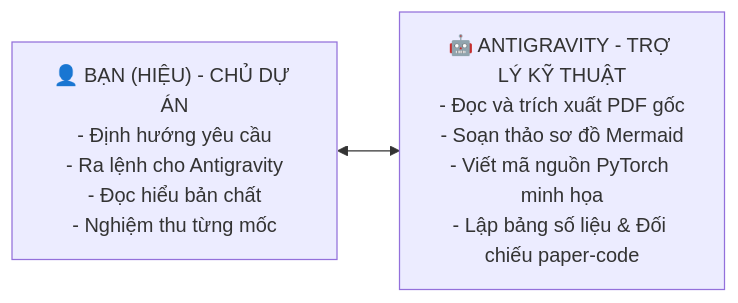
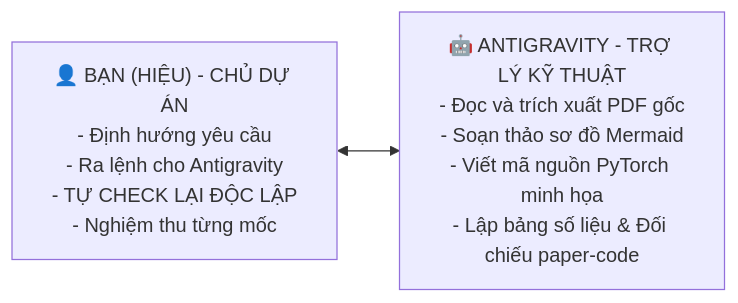
The diagram in tasks-Hieu/sprint-1/progress.md (snowflake-vibing/Project-Experimental-TiDE), drawn with Mermaid before and after one commit. The commit also changed other lines of this file, not shown here.

````diff
--- a/tasks-Hieu/sprint-1/progress.md
+++ b/tasks-Hieu/sprint-1/progress.md
@@ -13,6 +14,6 @@
 ```mermaid
 flowchart LR
-    Hieu["👤 BẠN (HIỆU) - CHỦ DỰ ÁN\n- Định hướng yêu cầu\n- Ra lệnh cho Antigravity\n- Đọc hiểu bản chất\n- Nghiệm thu từng mốc"] 
+    Hieu["👤 BẠN (HIỆU) - CHỦ DỰ ÁN\n- Định hướng yêu cầu\n- Ra lệnh cho Antigravity\n- TỰ CHECK LẠI ĐỘC LẬP\n- Nghiệm thu từng mốc"] 
     <-->
     AGY["🤖 ANTIGRAVITY - TRỢ LÝ KỸ THUẬT\n- Đọc và trích xuất PDF gốc\n- Soạn thảo sơ đồ Mermaid\n- Viết mã nguồn PyTorch minh họa\n- Lập bảng số liệu & Đối chiếu paper-code"]
 ```
````
